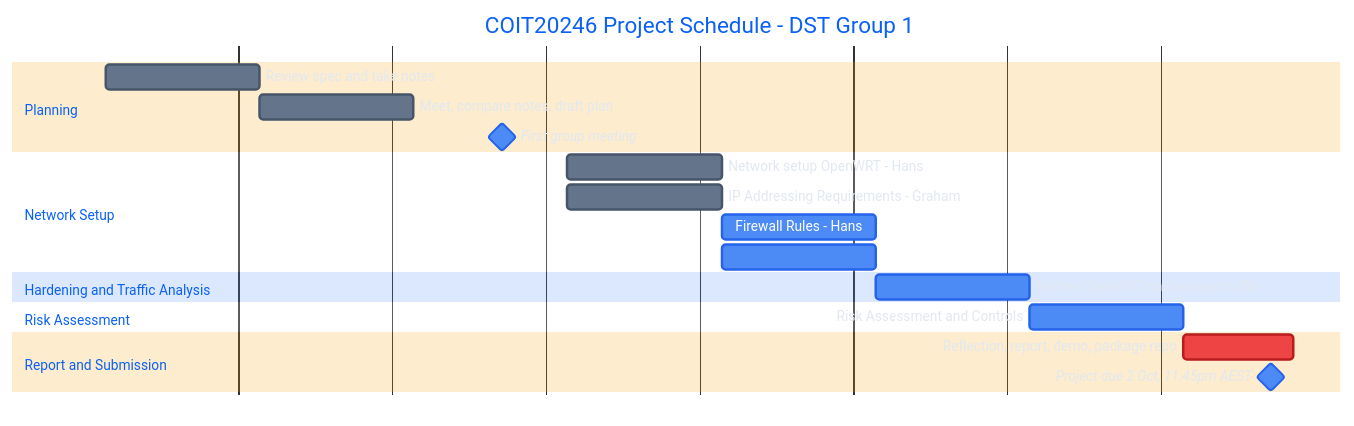
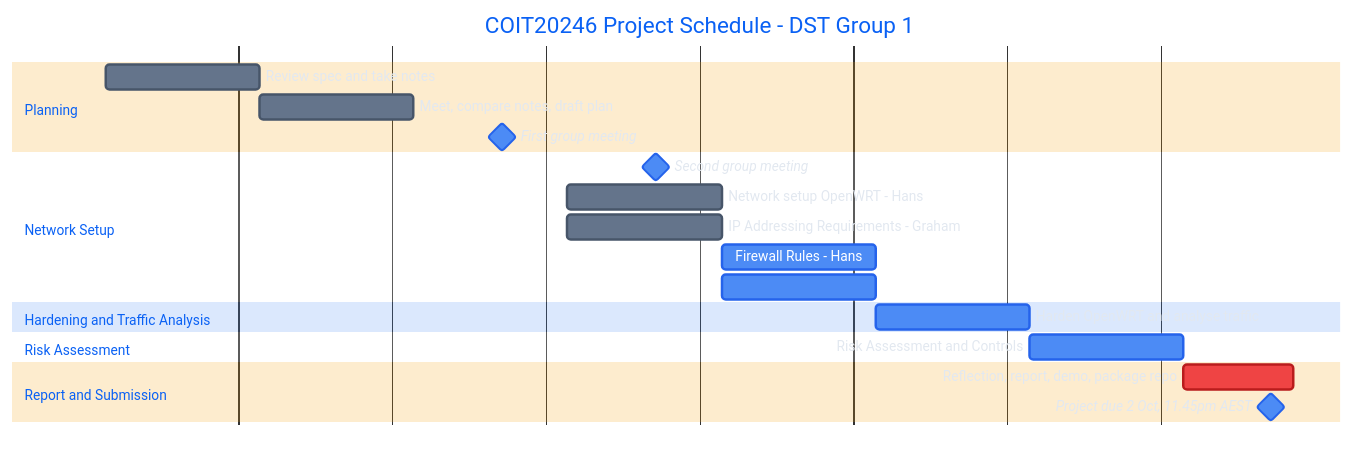
One commit to T22026-COIT20246-Project-30-MM/DST-Group-1 changed the diagram in plan.md. Above: the diagram before and after it, drawn with Mermaid.

Commit message:
Add second group meeting milestone

````diff
--- a/plan.md
+++ b/plan.md
@@ -29,44 +29,45 @@
 ```mermaid
 %%{init: {'theme':'base', 'themeVariables': {
   'fontSize': '20px',
   'primaryColor': '#4C8BF5',
   'primaryTextColor': '#fff',
   'primaryBorderColor': '#2563eb',
   'lineColor': '#94a3b8',
   'secondaryColor': '#22c55e',
   'tertiaryColor': '#f59e0b',
   'doneTaskBkgColor': '#64748b',
   'doneTaskBorderColor': '#475569',
   'activeTaskBkgColor': '#4C8BF5',
   'activeTaskBorderColor': '#2563eb',
   'critBkgColor': '#ef4444',
   'critBorderColor': '#b91c1c',
   'taskTextColor': '#fff',
   'taskTextOutsideColor': '#e2e8f0'
 }}}%%
 gantt
     title COIT20246 Project Schedule - DST Group 1
     dateFormat  YYYY-MM-DD
     axisFormat  %b %d
 
     section Planning
     Review spec and take notes         :done, w5, 2026-08-10, 7d
     Meet, compare notes, draft plan    :done, w6, 2026-08-17, 7d
     First group meeting                :milestone, m1, 2026-08-28, 0d
 
     section Network Setup
+    Second group meeting                :milestone, m2, 2026-09-04, 0d
     Network setup OpenWRT - Hans            :done, w7a, 2026-08-31, 7d
     IP Addressing Requirements - Graham     :done, w7b, 2026-08-31, 7d
     Firewall Rules - Hans                   :active, w8a, after w7a, 7d
     Production Network Diagram - Graham     :active, w8b, after w7b, 7d
 
     section Hardening and Traffic Analysis
     Harden OpenWRT and analyse traffic      :w9, 2026-09-14, 7d
 
     section Risk Assessment
     Risk Assessment and Controls            :w10, 2026-09-21, 7d
 
     section Report and Submission
     Reflection, report, demo, package repo  :crit, w11, 2026-09-28, 5d
     Project due 2 Oct, 11.45pm AEST         :milestone, due, 2026-10-02, 0d
 ```
````
